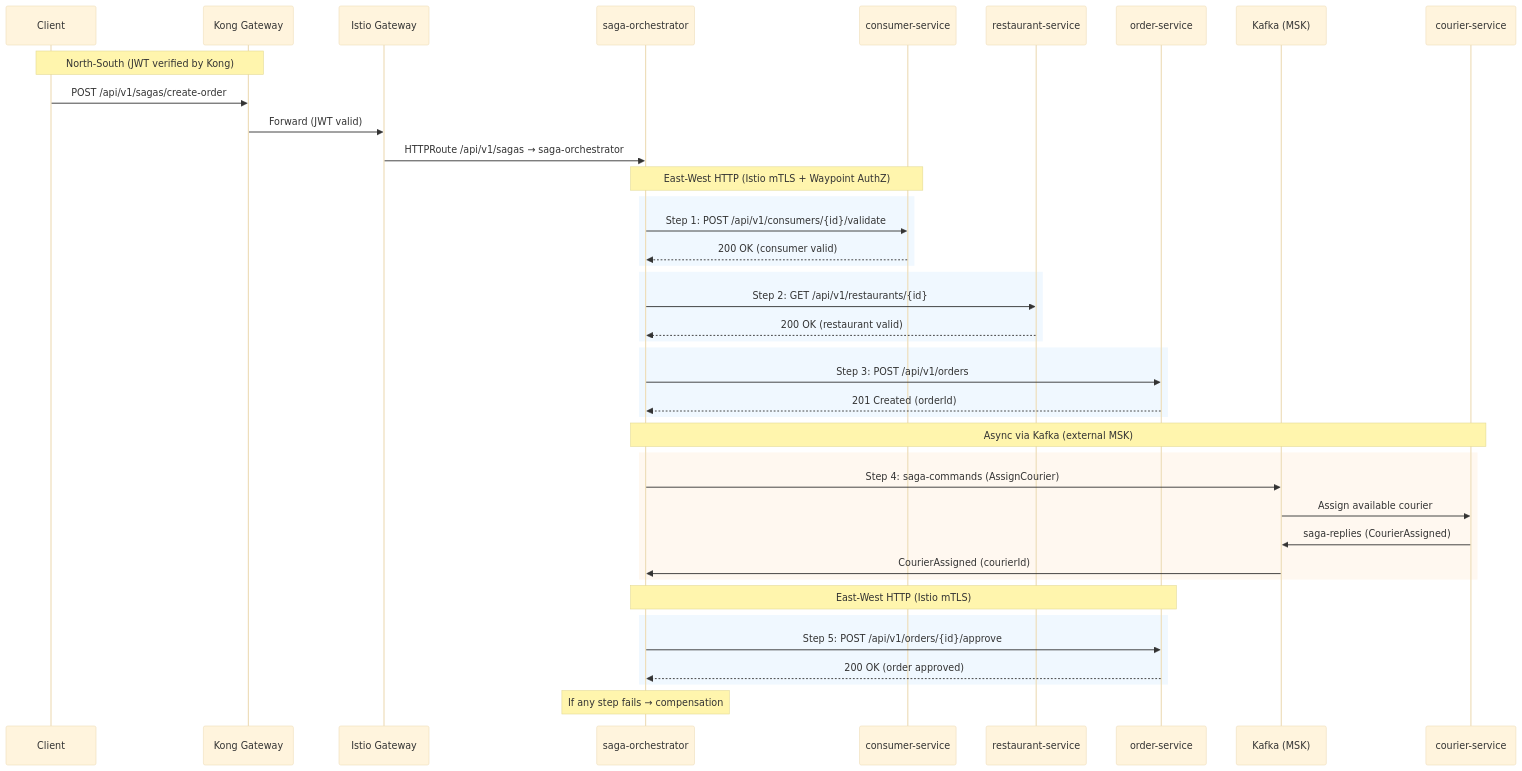
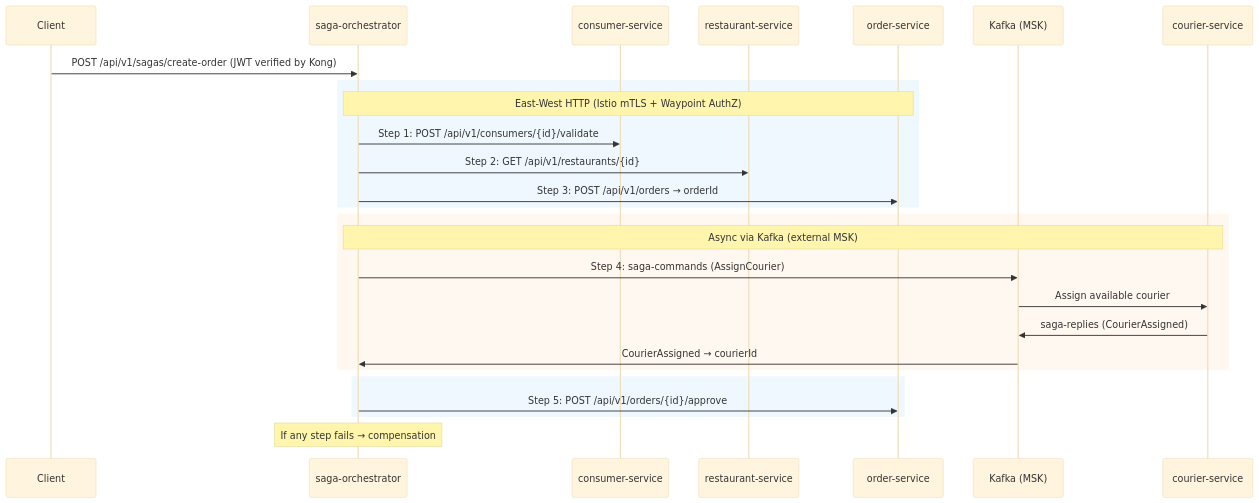
The sixth of 12 diagrams in README.md (shanaka-versent/munchgo-aws-iac), drawn with Mermaid (base theme) before and after one commit. The commit also changed other lines of this file, not shown here.

````diff
--- a/README.md
+++ b/README.md
@@ -567,49 +425,33 @@
 ```mermaid
 sequenceDiagram
     participant C as Client
-    participant Kong as Kong Gateway
-    participant IG as Istio Gateway
     participant S as saga-orchestrator
     participant CS as consumer-service
     participant RS as restaurant-service
     participant O as order-service
     participant K as Kafka (MSK)
     participant CR as courier-service
 
-    Note over C,Kong: North-South (JWT verified by Kong)
-    C->>Kong: POST /api/v1/sagas/create-order
-    Kong->>IG: Forward (JWT valid)
-    IG->>S: HTTPRoute /api/v1/sagas → saga-orchestrator
+    C->>S: POST /api/v1/sagas/create-order (JWT verified by Kong)
 
-    Note over S,CS: East-West HTTP (Istio mTLS + Waypoint AuthZ)
     rect rgb(240, 248, 255)
+        Note over S,O: East-West HTTP (Istio mTLS + Waypoint AuthZ)
         S->>CS: Step 1: POST /api/v1/consumers/{id}/validate
-        CS-->>S: 200 OK (consumer valid)
+        S->>RS: Step 2: GET /api/v1/restaurants/{id}
+        S->>O:  Step 3: POST /api/v1/orders → orderId
+    end
+
+    rect rgb(255, 248, 240)
+        Note over S,CR: Async via Kafka (external MSK)
+        S->>K: Step 4: saga-commands (AssignCourier)
+        K->>CR: Assign available courier
+        CR->>K: saga-replies (CourierAssigned)
+        K->>S: CourierAssigned → courierId
     end
 
     rect rgb(240, 248, 255)
-        S->>RS: Step 2: GET /api/v1/restaurants/{id}
-        RS-->>S: 200 OK (restaurant valid)
-    end
-
-    rect rgb(240, 248, 255)
-        S->>O: Step 3: POST /api/v1/orders
-        O-->>S: 201 Created (orderId)
-    end
-
-    Note over S,CR: Async via Kafka (external MSK)
-    rect rgb(255, 248, 240)
-        S->>K: Step 4: saga-commands (AssignCourier)
-        K->>CR: Assign available courier
-        CR->>K: saga-replies (CourierAssigned)
-        K->>S: CourierAssigned (courierId)
-    end
-
-    Note over S,O: East-West HTTP (Istio mTLS)
-    rect rgb(240, 248, 255)
         S->>O: Step 5: POST /api/v1/orders/{id}/approve
-        O-->>S: 200 OK (order approved)
     end
 
     Note over S,S: If any step fails → compensation
 ```
````
